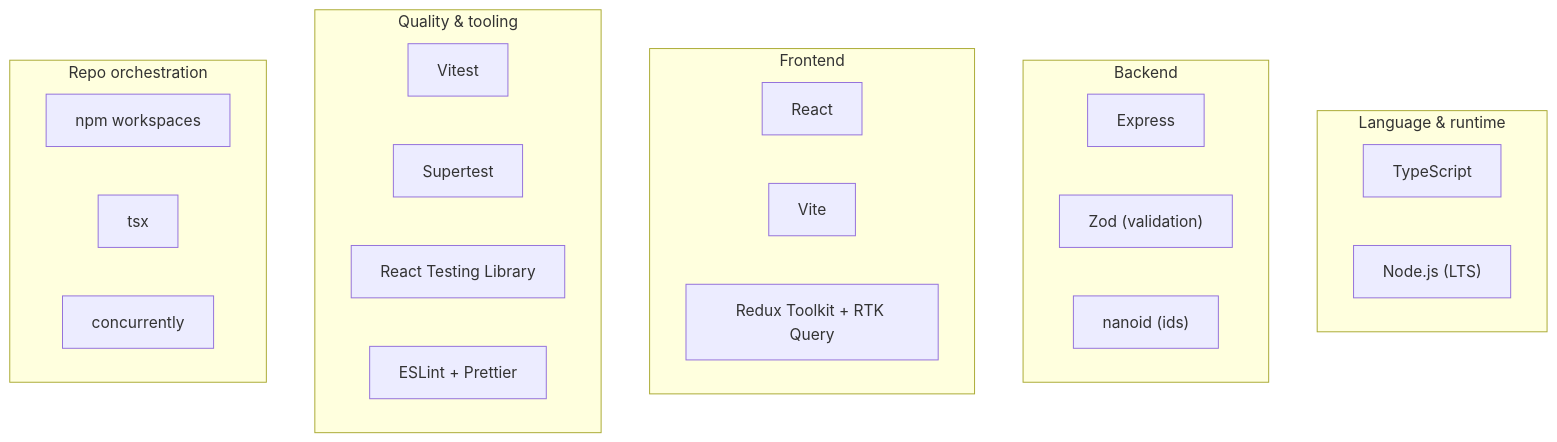
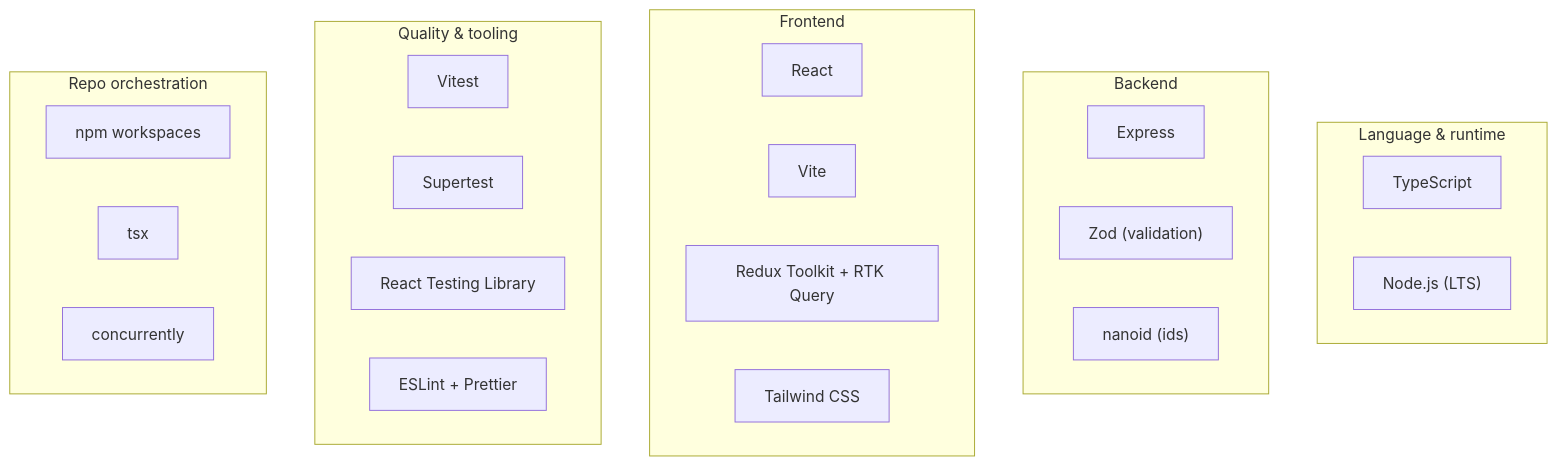
Before and after one commit to anch09/cohort-waiting-list: the diagram in docs/tech-stack.md, drawn with Mermaid. The commit also changed other lines of this file and 3 other files, not shown here.

````diff
--- a/docs/tech-stack.md
+++ b/docs/tech-stack.md
@@ -9,28 +9,29 @@
 ```mermaid
 flowchart TB
   subgraph Lang["Language & runtime"]
     ts["TypeScript"]
     node["Node.js (LTS)"]
   end
   subgraph BE["Backend"]
     express["Express"]
     zod["Zod (validation)"]
     nanoid["nanoid (ids)"]
   end
   subgraph FE["Frontend"]
     react["React"]
     vite["Vite"]
     rtk["Redux Toolkit + RTK Query"]
+    tw["Tailwind CSS"]
   end
   subgraph QA["Quality & tooling"]
     vitest["Vitest"]
     supertest["Supertest"]
     rtl["React Testing Library"]
     eslint["ESLint + Prettier"]
   end
   subgraph Repo["Repo orchestration"]
     workspaces["npm workspaces"]
     tsx["tsx"]
     concurrently["concurrently"]
   end
 ```
````
